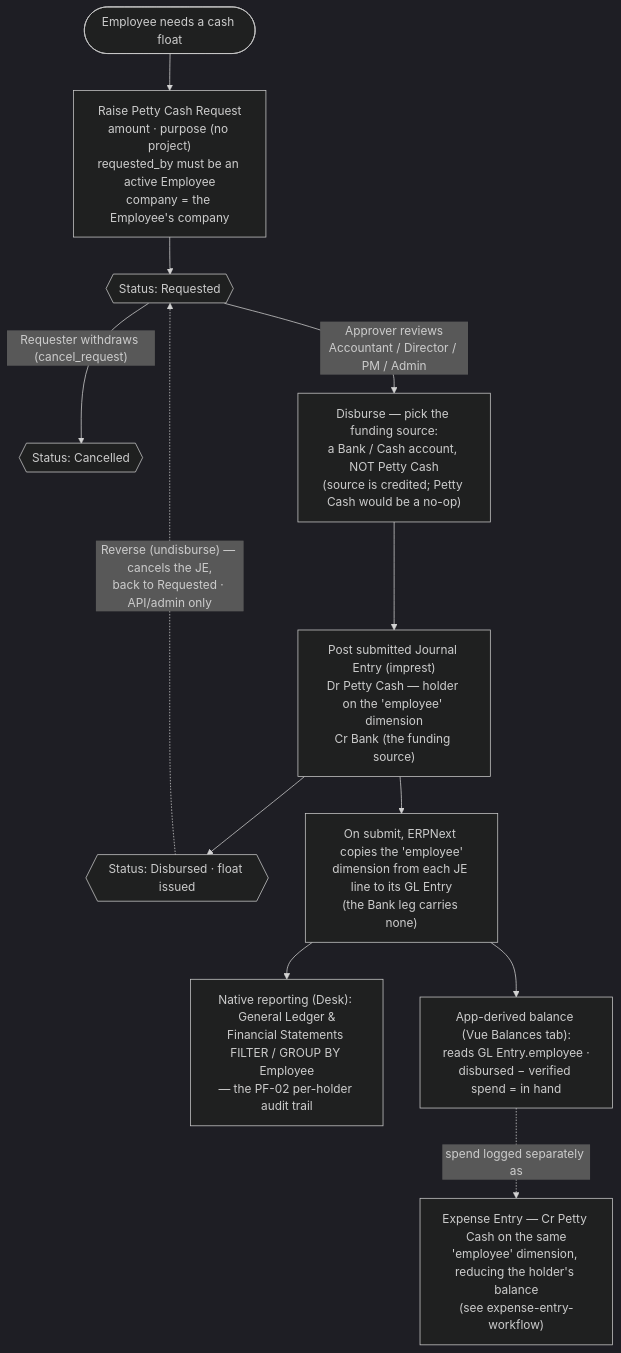
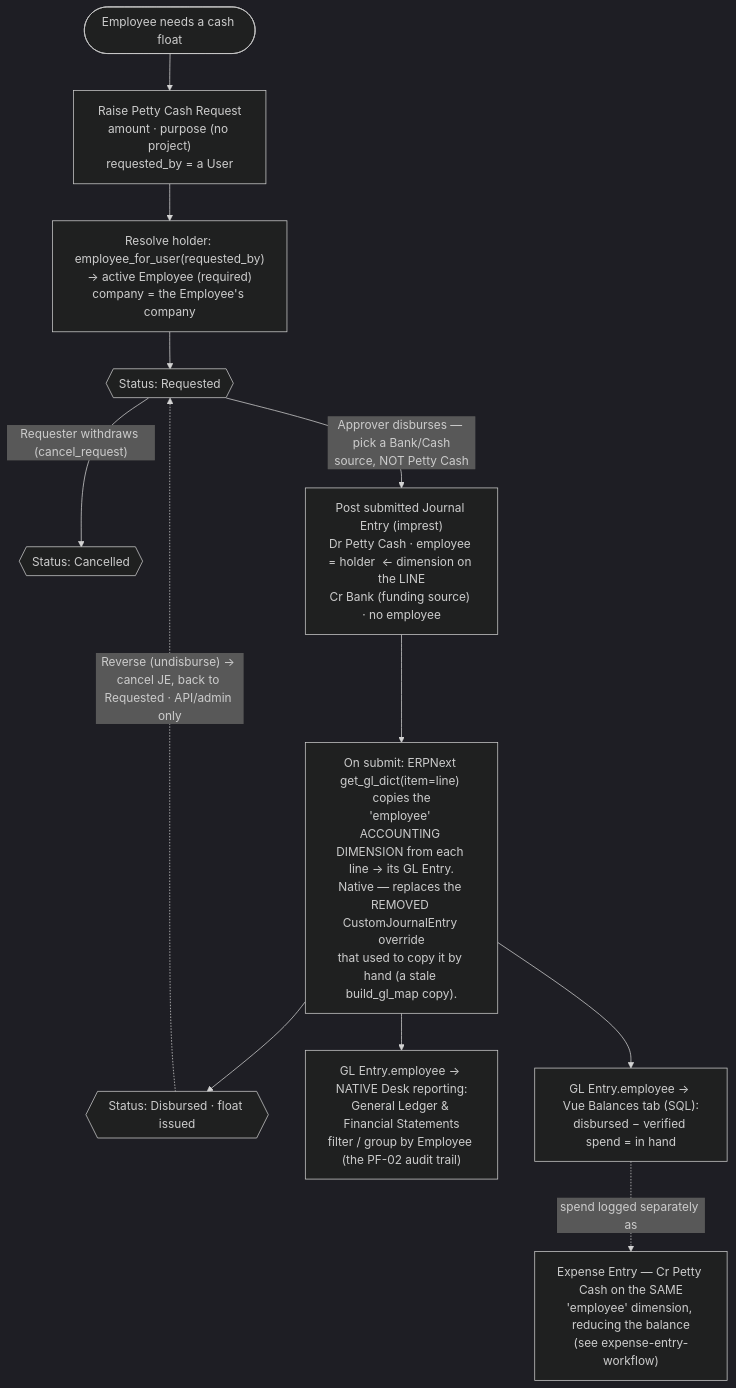
The diagram in docs/images/mermaid/petty-cash-workflow.mmd (BuildSuite-io/buildsuite_core), drawn with Mermaid (dark theme) before and after one commit.

Commit message:
docs: show holder wiring in petty-cash workflow (employee dimension + removed override)
Make the accounting wiring explicit: requested_by (User) -> employee_for_user
-> Employee stamped on the JE line as the 'employee' accounting dimension ->
propagated to GL Entry natively by ERPNext's get_gl_dict(item=line), which
replaced the removed CustomJournalEntry override; GL Entry.employee then feeds
both native Desk reporting and the Vue balances.

```diff
--- a/docs/images/mermaid/petty-cash-workflow.mmd
+++ b/docs/images/mermaid/petty-cash-workflow.mmd
@@ -1,21 +1,22 @@
 %% Petty Cash Request — live workflow (buildsuite_core)
-%% Imprest model (PF-02): Employee requests -> Approver disburses (posts a Journal
-%% Entry, holder stamped via the 'employee' accounting dimension) -> spend via Expense Entry.
+%% Imprest model (PF-02). Highlights how the HOLDER is captured on the ledger:
+%% requested_by (User) -> Employee -> stamped on the JE line as the 'employee'
+%% accounting dimension -> propagated to GL Entry natively by ERPNext's get_gl_dict
+%% (the CustomJournalEntry override that used to copy it by hand is now removed).
 flowchart TD
-    start(["Employee needs a cash float"]) --> req["Raise Petty Cash Request<br/>amount · purpose (no project)<br/>requested_by must be an active Employee<br/>company = the Employee's company"]
-    req --> S_REQ{{"Status: Requested"}}
+    start(["Employee needs a cash float"]) --> req["Raise Petty Cash Request<br/>amount · purpose (no project)<br/>requested_by = a User"]
+    req --> emp["Resolve holder: employee_for_user(requested_by)<br/>→ active Employee (required)<br/>company = the Employee's company"]
+    emp --> S_REQ{{"Status: Requested"}}
 
     S_REQ -->|"Requester withdraws (cancel_request)"| CANC{{"Status: Cancelled"}}
 
-    S_REQ -->|"Approver reviews<br/>Accountant / Director / PM / Admin"| disb["Disburse — pick the funding source:<br/>a Bank / Cash account, NOT Petty Cash<br/>(source is credited; Petty Cash would be a no-op)"]
-    disb --> je1["Post submitted Journal Entry (imprest)<br/>Dr Petty Cash — holder on the 'employee' dimension<br/>Cr Bank (the funding source)"]
-    je1 --> S_DIS{{"Status: Disbursed · float issued"}}
-    S_DIS -.->|"Reverse (undisburse) — cancels the JE,<br/>back to Requested · API/admin only"| S_REQ
+    S_REQ -->|"Approver disburses — pick a Bank/Cash<br/>source, NOT Petty Cash"| je1["Post submitted Journal Entry (imprest)<br/>Dr Petty Cash · employee = holder  ← dimension on the LINE<br/>Cr Bank (funding source) · no employee"]
 
-    %% How the dimension flows to the ledger and what it unlocks
-    je1 --> gl["On submit, ERPNext copies the 'employee'<br/>dimension from each JE line to its GL Entry<br/>(the Bank leg carries none)"]
-    gl --> rpt["Native reporting (Desk): General Ledger &<br/>Financial Statements FILTER / GROUP BY Employee<br/>— the PF-02 per-holder audit trail"]
-    gl --> bal["App-derived balance (Vue Balances tab):<br/>reads GL Entry.employee ·<br/>disbursed − verified spend = in hand"]
+    je1 --> prop["On submit: ERPNext get_gl_dict(item=line) copies the<br/>'employee' ACCOUNTING DIMENSION from each line → its GL Entry.<br/>Native — replaces the REMOVED CustomJournalEntry override<br/>that used to copy it by hand (a stale build_gl_map copy)."]
+    prop --> S_DIS{{"Status: Disbursed · float issued"}}
+    S_DIS -.->|"Reverse (undisburse) → cancel JE, back to Requested · API/admin only"| S_REQ
 
-    %% Spend reduces the float, on the same dimension
-    bal -.->|"spend logged separately as"| exp["Expense Entry — Cr Petty Cash on the same<br/>'employee' dimension, reducing the holder's balance<br/>(see expense-entry-workflow)"]
+    prop --> rpt["GL Entry.employee → NATIVE Desk reporting:<br/>General Ledger & Financial Statements<br/>filter / group by Employee (the PF-02 audit trail)"]
+    prop --> bal["GL Entry.employee → Vue Balances tab (SQL):<br/>disbursed − verified spend = in hand"]
+
+    bal -.->|"spend logged separately as"| exp["Expense Entry — Cr Petty Cash on the SAME<br/>'employee' dimension, reducing the balance<br/>(see expense-entry-workflow)"]
```
